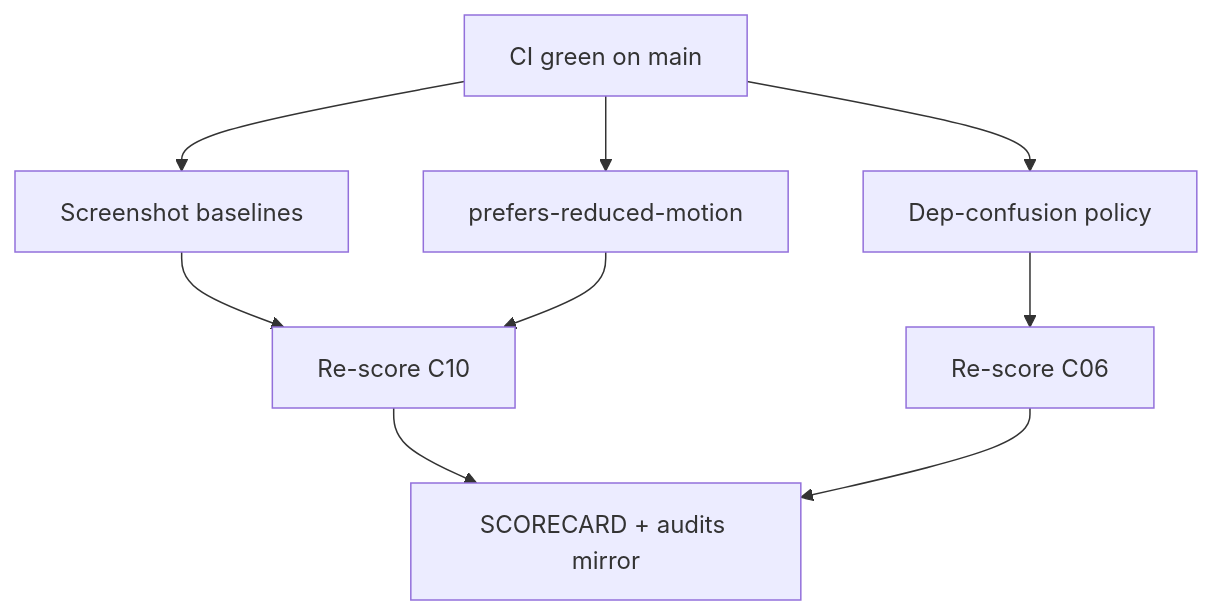
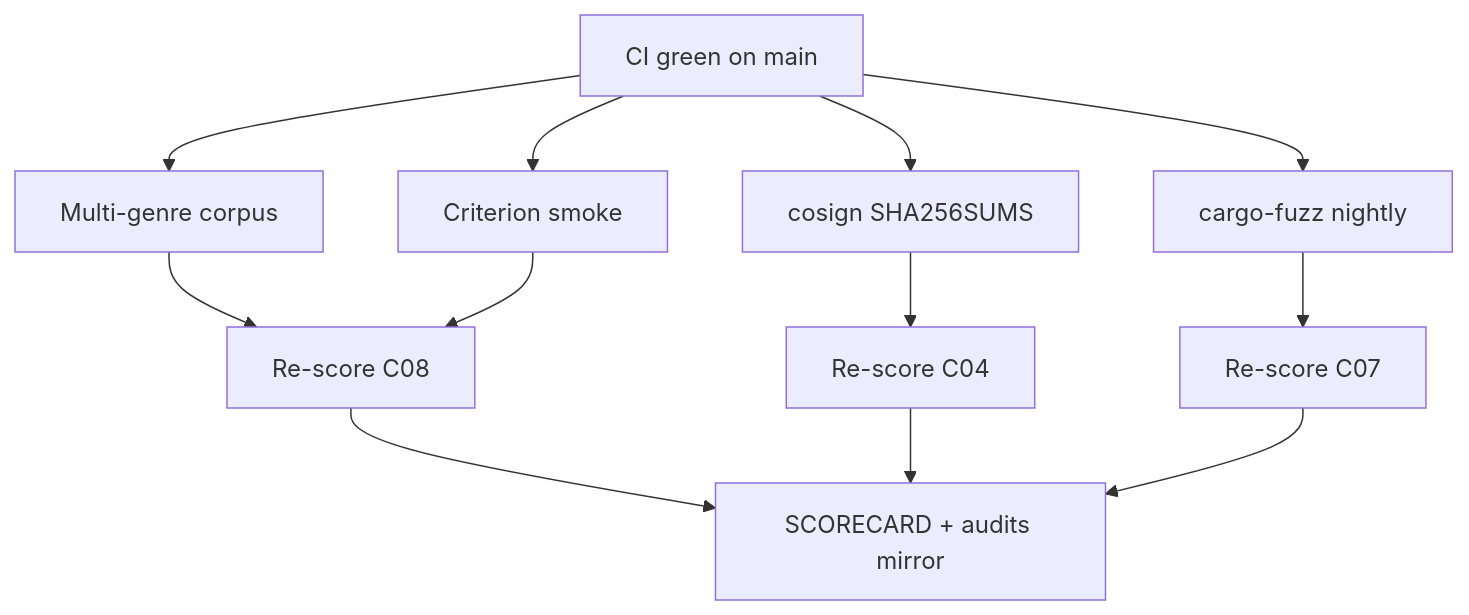
The diagram in docs/WORK_DAG.md (KooshaPari/Melosviz), drawn with Mermaid before and after one commit. The commit also changed other lines of this file and 28 other files, not shown here.

First line of the commit message:
feat: multi-genre corpus, cosign, cargo-fuzz, Criterion smoke

````diff
--- a/docs/WORK_DAG.md
+++ b/docs/WORK_DAG.md
@@ -5,11 +5,14 @@
 ```mermaid
 flowchart TD
-  A[CI green on main] --> B[Screenshot baselines]
-  A --> C[prefers-reduced-motion]
-  A --> D[Dep-confusion policy]
-  B --> E[Re-score C10]
-  C --> E
-  D --> F[Re-score C06]
-  E --> G[SCORECARD + audits mirror]
-  F --> G
+  A[CI green on main] --> B[Multi-genre corpus]
+  A --> C[cosign SHA256SUMS]
+  A --> D[cargo-fuzz nightly]
+  A --> E[Criterion smoke]
+  B --> F[Re-score C08]
+  C --> G[Re-score C04]
+  D --> H[Re-score C07]
+  E --> F
+  F --> I[SCORECARD + audits mirror]
+  G --> I
+  H --> I
 ```
````
